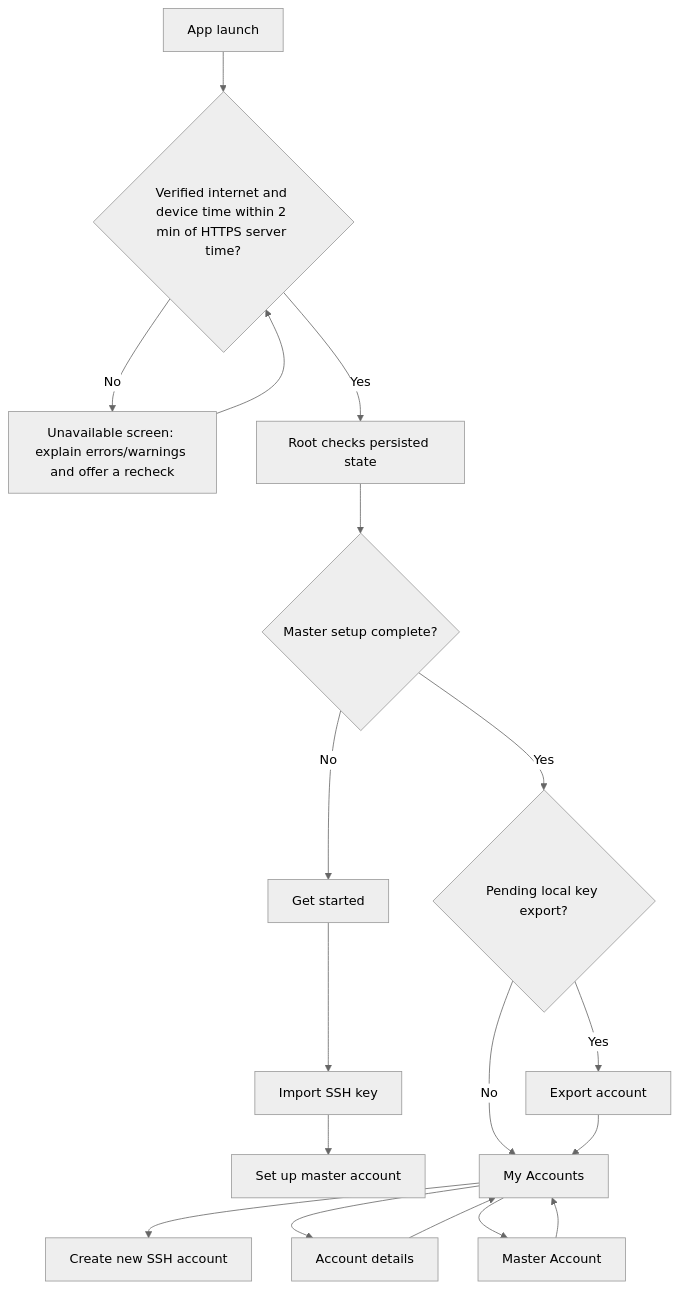
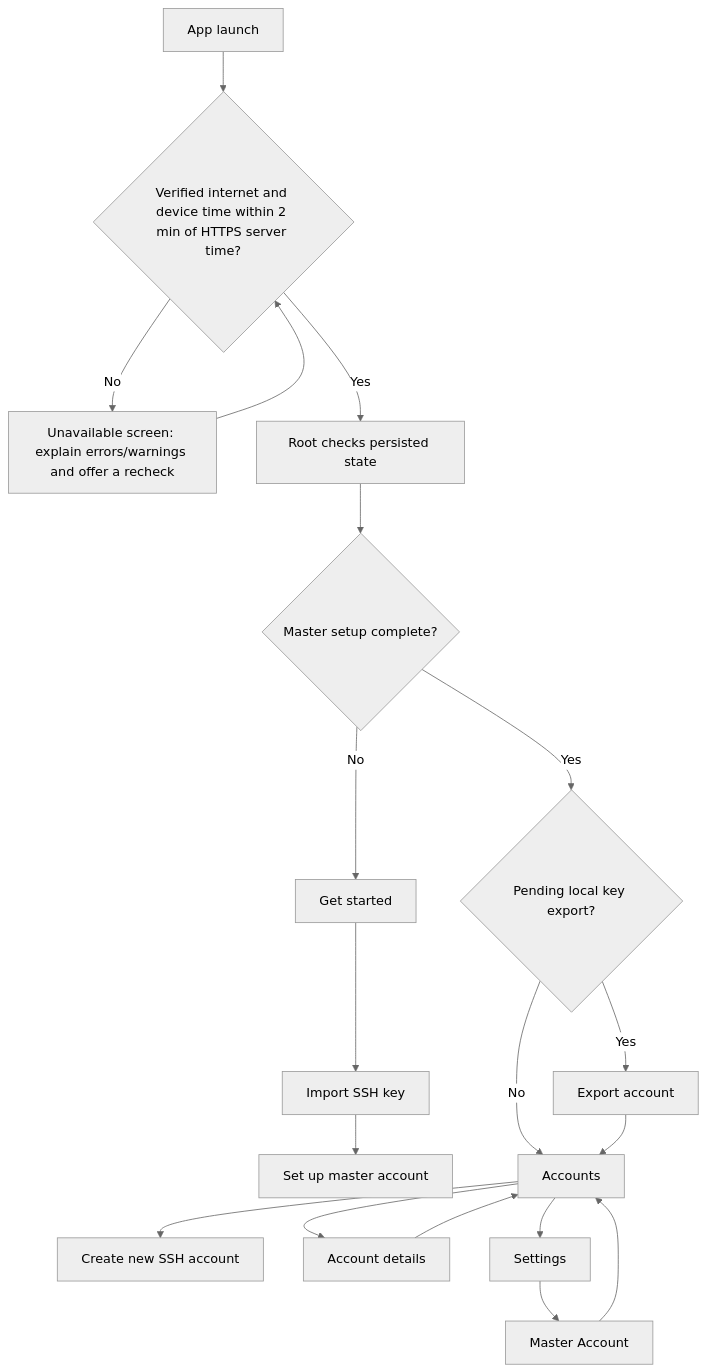
Before and after one commit to ZenTenApp/vault-kotlin: the first of 6 diagrams in docs/stakeholder/flowcharts.md, drawn with Mermaid (neutral theme). The commit also changed other lines of this file and 9 other files, not shown here.

Commit message:
feat(accounts): redesign account list navigation

````diff
--- a/docs/stakeholder/flowcharts.md
+++ b/docs/stakeholder/flowcharts.md
@@ -7,20 +7,21 @@
 ```mermaid
 flowchart TD
     Launch["App launch"] --> Prerequisites{"Verified internet and device time within 2 min of HTTPS server time?"}
     Prerequisites -->|No| Blocked["Unavailable screen: explain errors/warnings and offer a recheck"]
     Blocked --> Prerequisites
     Prerequisites -->|Yes| Root["Root checks persisted state"]
     Root --> Setup{"Master setup complete?"}
     Setup -->|No| Welcome["Get started"]
     Welcome --> Import["Import SSH key"]
     Import --> MasterSetup["Set up master account"]
     Setup -->|Yes| PendingExport{"Pending local key export?"}
     PendingExport -->|Yes| Export["Export account"]
-    PendingExport -->|No| Accounts["My Accounts"]
+    PendingExport -->|No| Accounts["Accounts"]
     Export --> Accounts
     Accounts --> Create["Create new SSH account"]
     Accounts --> Detail["Account details"]
-    Accounts --> Master["Master Account"]
+    Accounts --> Settings["Settings"]
+    Settings --> Master["Master Account"]
     Detail --> Accounts
     Master --> Accounts
 ```
````
